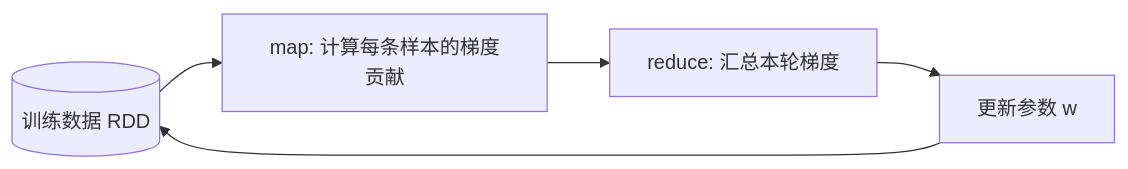
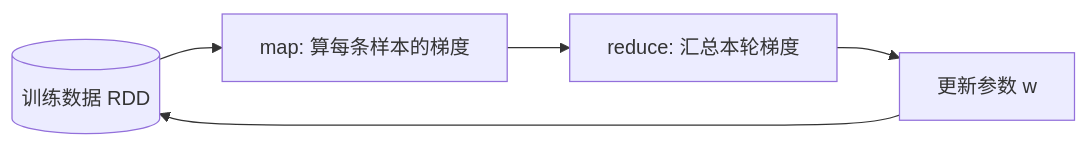
One commit to rchaocai/mini-spark changed the third of 3 diagrams in content/docs/03-part3/ch10-cache-checkpoint.md. Above: the diagram before and after it, drawn with Mermaid. The commit also changed other lines of this file and 2 other files, not shown here.

````diff
--- a/content/docs/03-part3/ch10-cache-checkpoint.md
+++ b/content/docs/03-part3/ch10-cache-checkpoint.md
@@ -368,9 +379,9 @@
 ```mermaid
 flowchart LR
     S[(训练数据 RDD)]
-    M[map: 计算每条样本的梯度贡献]
+    M[map: 算每条样本的梯度]
     R[reduce: 汇总本轮梯度]
     U[更新参数 w]
 
     S --> M --> R --> U --> S
 ```
````
